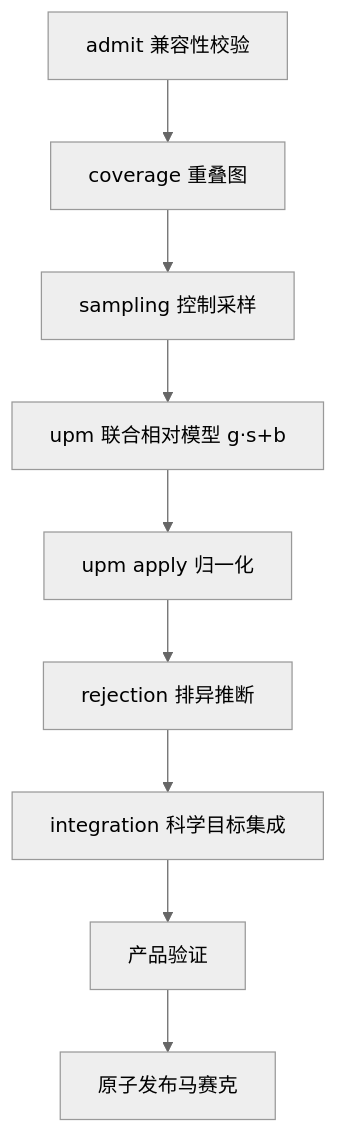
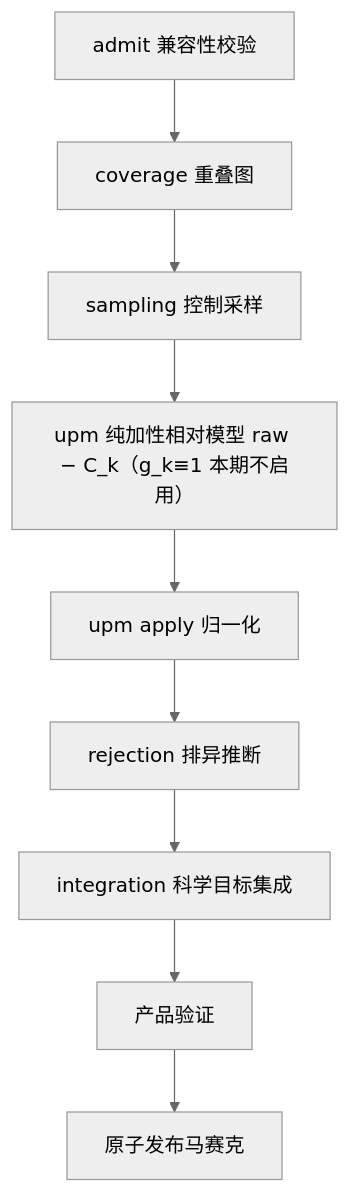
The fifth of 12 diagrams in ASTROCS_DESIGN.md (fujiaze/Astro-CS-Database), drawn with Mermaid (neutral theme) before and after one commit. The commit also changed other lines of this file and 3 other files, not shown here.

````diff
--- a/ASTROCS_DESIGN.md
+++ b/ASTROCS_DESIGN.md
@@ -232,11 +232,11 @@
 ```mermaid
 flowchart TD
     A["admit 兼容性校验"] --> C["coverage 重叠图"]
     C --> S["sampling 控制采样"]
-    S --> U["upm 联合相对模型 g·s+b"]
+    S --> U["upm 纯加性相对模型 raw − C_k（g_k≡1 本期不启用）"]
     U --> UA["upm apply 归一化"]
     UA --> R["rejection 排异推断"]
     R --> I["integration 科学目标集成"]
     I --> V["产品验证"]
     V --> O["原子发布马赛克"]
 ```
````
